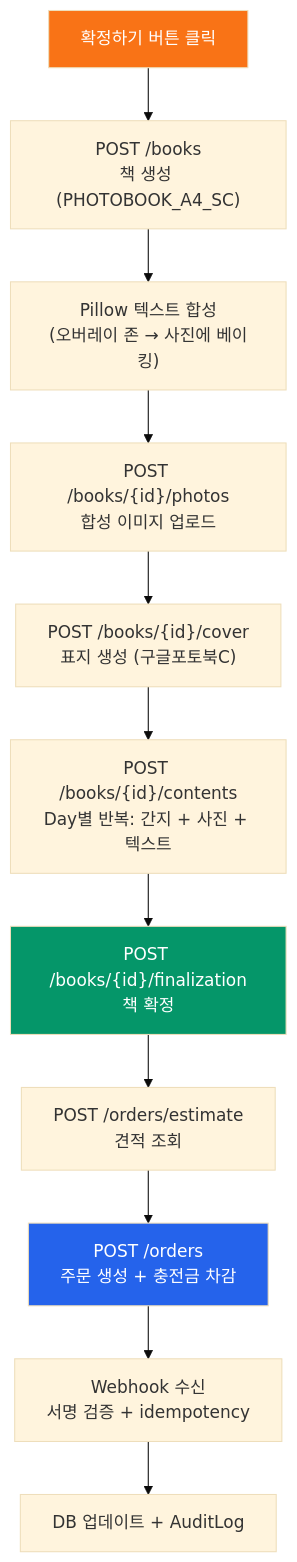
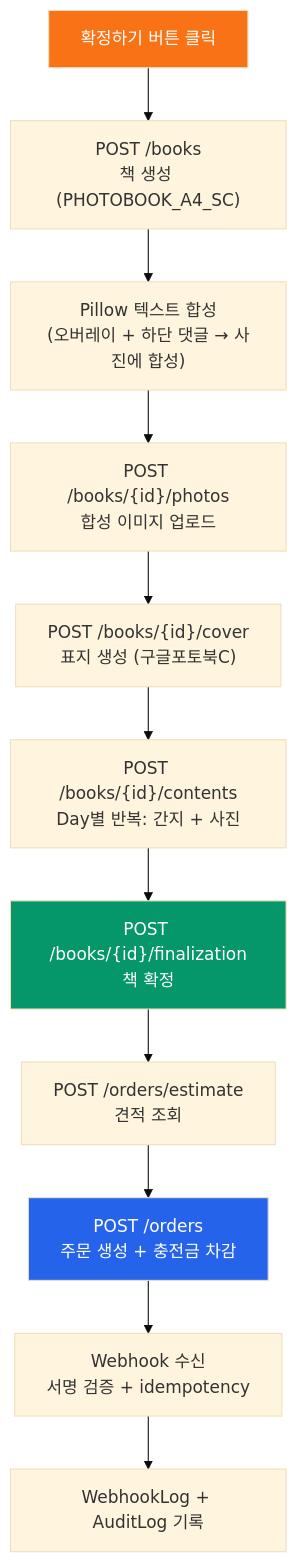
The diagram in README.md (sml1323/assignment_api_service), drawn with Mermaid (base theme) before and after one commit. The commit also changed other lines of this file and 2 other files, not shown here.

````diff
--- a/README.md
+++ b/README.md
@@ -112,17 +130,17 @@
 ```mermaid
 flowchart TD
     A["확정하기 버튼 클릭"] --> B["POST /books<br/>책 생성 (PHOTOBOOK_A4_SC)"]
-    B --> C["Pillow 텍스트 합성<br/>(오버레이 존 → 사진에 베이킹)"]
+    B --> C["Pillow 텍스트 합성<br/>(오버레이 + 하단 댓글 → 사진에 합성)"]
     C --> D["POST /books/{id}/photos<br/>합성 이미지 업로드"]
     D --> E["POST /books/{id}/cover<br/>표지 생성 (구글포토북C)"]
-    E --> F["POST /books/{id}/contents<br/>Day별 반복: 간지 + 사진 + 텍스트"]
+    E --> F["POST /books/{id}/contents<br/>Day별 반복: 간지 + 사진"]
     F --> G["POST /books/{id}/finalization<br/>책 확정"]
     G --> H["POST /orders/estimate<br/>견적 조회"]
     H --> I["POST /orders<br/>주문 생성 + 충전금 차감"]
     I --> J["Webhook 수신<br/>서명 검증 + idempotency"]
-    J --> K["DB 업데이트 + AuditLog"]
+    J --> K["WebhookLog + AuditLog 기록"]
 
     style A fill:#f97316,color:#fff
     style G fill:#059669,color:#fff
     style I fill:#2563eb,color:#fff
 ```
````
